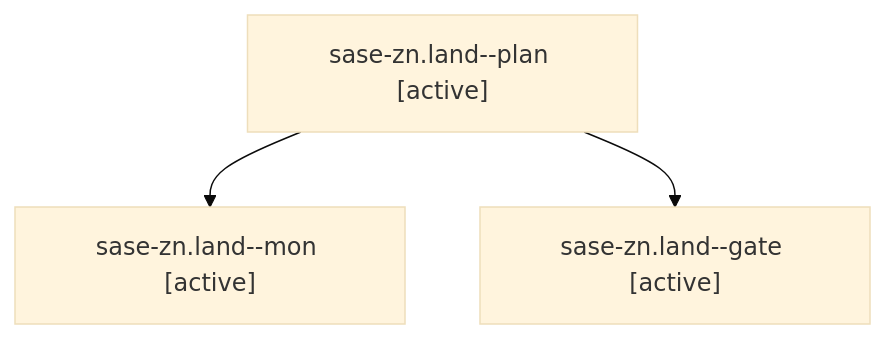
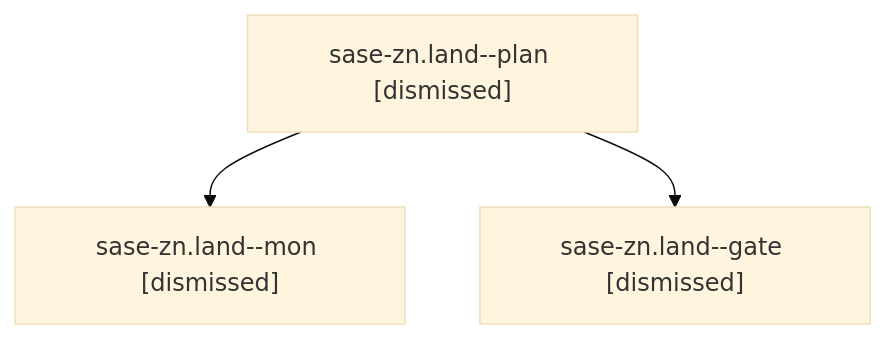
Before and after one commit to sase-org/sase--agents: the diagram in sessions/bbugyi200.athena.sase-zn.land.md, drawn with Mermaid (base theme). The commit also changed other lines of this file and 211 other files, not shown here.

````diff
--- a/sessions/bbugyi200.athena.sase-zn.land.md
+++ b/sessions/bbugyi200.athena.sase-zn.land.md
@@ -9,8 +9,8 @@
 ```mermaid
 flowchart TD
-  n0["sase-zn.land--plan [active]"]
-  n1["sase-zn.land--mon [active]"]
+  n0["sase-zn.land--plan [dismissed]"]
+  n1["sase-zn.land--mon [dismissed]"]
   n0 --> n1
-  n2["sase-zn.land--gate [active]"]
+  n2["sase-zn.land--gate [dismissed]"]
   n0 --> n2
 ```
````
